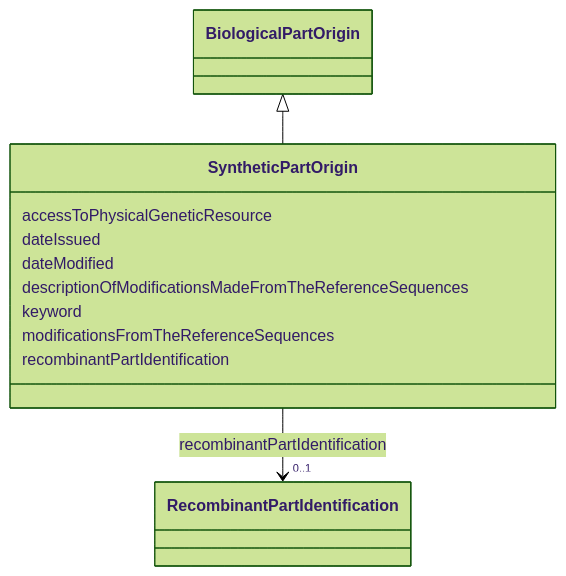
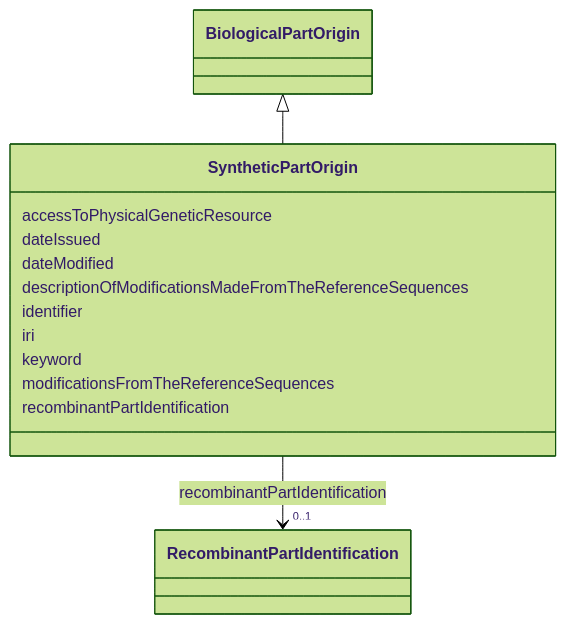
One commit to EVORA-project/evora-ontology changed the diagram in models/docs/SyntheticPartOrigin.md. Above: the diagram before and after it, drawn with Mermaid (forest theme). The commit also changed other lines of this file and 391 other files, not shown here.

````diff
--- a/models/docs/SyntheticPartOrigin.md
+++ b/models/docs/SyntheticPartOrigin.md
@@ -19,30 +19,34 @@
 ```mermaid
  classDiagram
     class SyntheticPartOrigin
     click SyntheticPartOrigin href "../SyntheticPartOrigin"
       BiologicalPartOrigin <|-- SyntheticPartOrigin
         click BiologicalPartOrigin href "../BiologicalPartOrigin"
       
       SyntheticPartOrigin : accessToPhysicalGeneticResource
         
       SyntheticPartOrigin : dateIssued
         
       SyntheticPartOrigin : dateModified
         
       SyntheticPartOrigin : descriptionOfModificationsMadeFromTheReferenceSequences
+        
+      SyntheticPartOrigin : identifier
+        
+      SyntheticPartOrigin : iri
         
       SyntheticPartOrigin : keyword
         
       SyntheticPartOrigin : modificationsFromTheReferenceSequences
         
       SyntheticPartOrigin : recombinantPartIdentification
         
           
     
     
     SyntheticPartOrigin --> "0..1" RecombinantPartIdentification : recombinantPartIdentification
     click RecombinantPartIdentification href "../RecombinantPartIdentification"
 
         
       
 ```
````
